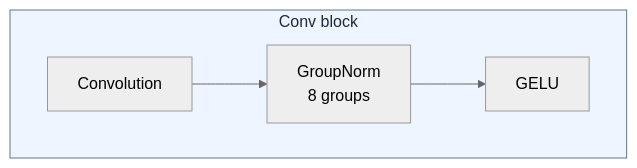
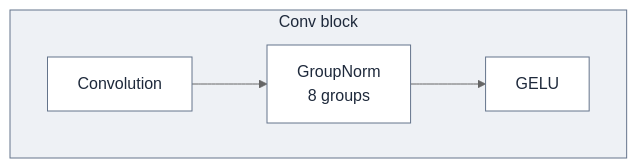
One commit to kwang0913/WiFiSensing_DomainShift changed the second of 6 diagrams in README.md. Above: the diagram before and after it, drawn with Mermaid (neutral theme). The commit also changed other lines of this file, not shown here.

````diff
--- a/README.md
+++ b/README.md
@@ -48,9 +59,10 @@
 ```mermaid
 flowchart LR
     subgraph BLOCK["Conv block"]
         direction LR
         C["Convolution"] --> N["GroupNorm<br/>8 groups"]
         N --> G["GELU"]
     end
-    style BLOCK fill:#eef5ff,stroke:#64748b,color:#1e293b
+    style BLOCK fill:#eef1f5,stroke:#64748b,color:#1e293b
+    classDef default fill:#ffffff,stroke:#64748b,color:#1e293b
 ```
````
